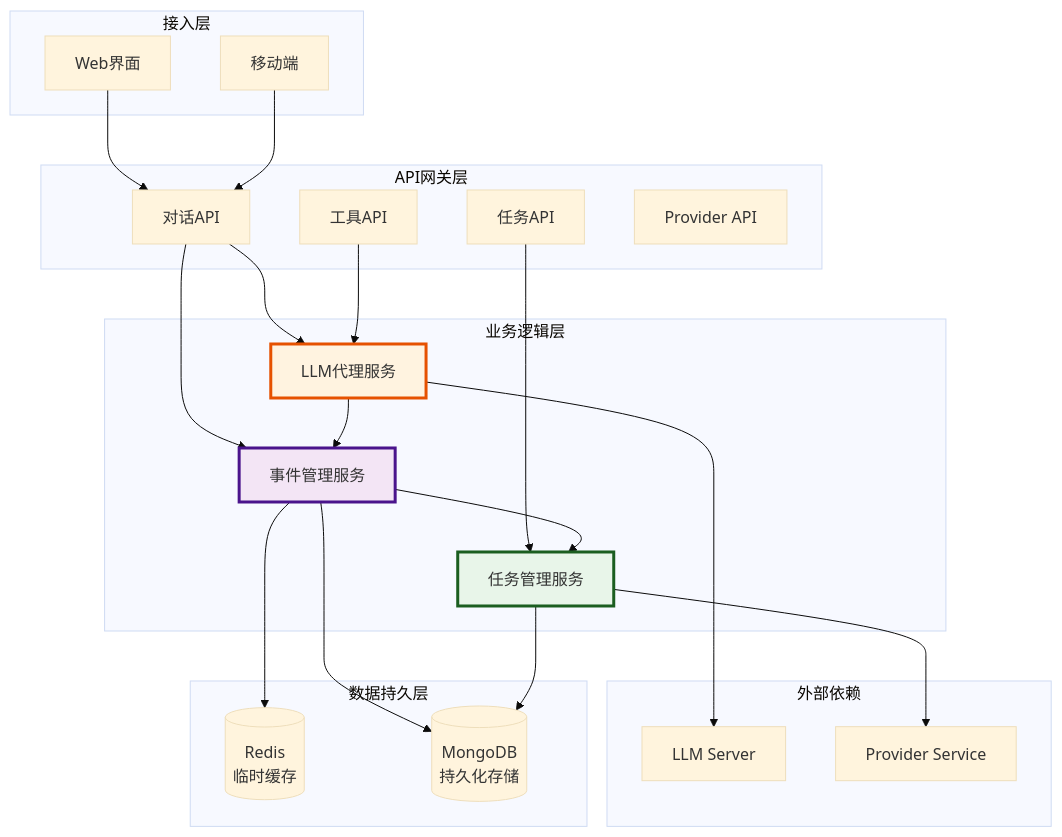
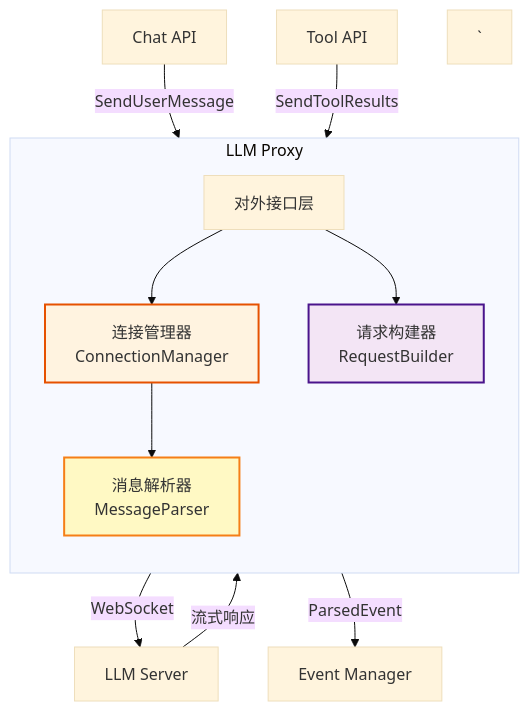
Before and after one commit to yingjianzh/iodraw-files: the diagram in all/未命名-10.md, drawn with Mermaid (base theme).

Commit message:
2025-12-26 10:31:05 update

````diff
--- a/all/未命名-10.md
+++ b/all/未命名-10.md
@@ -1,49 +1,27 @@
 ```mermaid
 graph TB
-    subgraph "接入层"
-        WebUI[Web界面]
-        MobileUI[移动端]
+    subgraph LLMProxy[LLM Proxy]
+        direction TB
+        API[对外接口层]
+        ConnMgr[连接管理器<br/>ConnectionManager]
+        ReqBuilder[请求构建器<br/>RequestBuilder]
+        MsgParser[消息解析器<br/>MessageParser]
     end
-
-    subgraph "API网关层"
-        ChatAPI[对话API]
-        ToolAPI[工具API]
-        TaskAPI[任务API]
-        ProviderAPI[Provider API]
-    end
-
-    subgraph "业务逻辑层"
-        LLMProxy[LLM代理服务]
-        EventMgr[事件管理服务]
-        TaskMgr[任务管理服务]
-    end
-
-    subgraph "数据持久层"
-        Redis[(Redis<br/>临时缓存)]
-        MongoDB[(MongoDB<br/>持久化存储)]
-    end
-
-    subgraph "外部依赖"
-        LLMServer[LLM Server]
-        ProviderSvc[Provider Service]
-    end
-
-    WebUI --> ChatAPI
-    MobileUI --> ChatAPI
-    ChatAPI --> EventMgr
-    ChatAPI --> LLMProxy
-    ToolAPI --> LLMProxy
-    TaskAPI --> TaskMgr
     
-    LLMProxy --> LLMServer
-    LLMProxy --> EventMgr
-    EventMgr --> TaskMgr
-    EventMgr --> Redis
-    EventMgr --> MongoDB
-    TaskMgr --> MongoDB
-    TaskMgr --> ProviderSvc
-
-    style EventMgr fill:#f3e5f5,stroke:#4a148c,stroke-width:3px
-    style LLMProxy fill:#fff3e0,stroke:#e65100,stroke-width:3px
-    style TaskMgr fill:#e8f5e9,stroke:#1b5e20,stroke-width:3px
+    ChatAPI[Chat API] -->|SendUserMessage| API
+    ToolAPI[Tool API] -->|SendToolResults| API
+    
+    API --> ConnMgr
+    API --> ReqBuilder
+    
+    ConnMgr -->|WebSocket| LLMServer[LLM Server]
+    LLMServer -->|流式响应| ConnMgr
+    
+    ConnMgr --> MsgParser
+    MsgParser -->|ParsedEvent| EventMgr[Event Manager]
+    
+    style ConnMgr fill:#fff3e0,stroke:#e65100,stroke-width:2px
+    style MsgParser fill:#fff9c4,stroke:#f57f17,stroke-width:2px
+    style ReqBuilder fill:#f3e5f5,stroke:#4a148c,stroke-width:2px
+`
 ```
````
